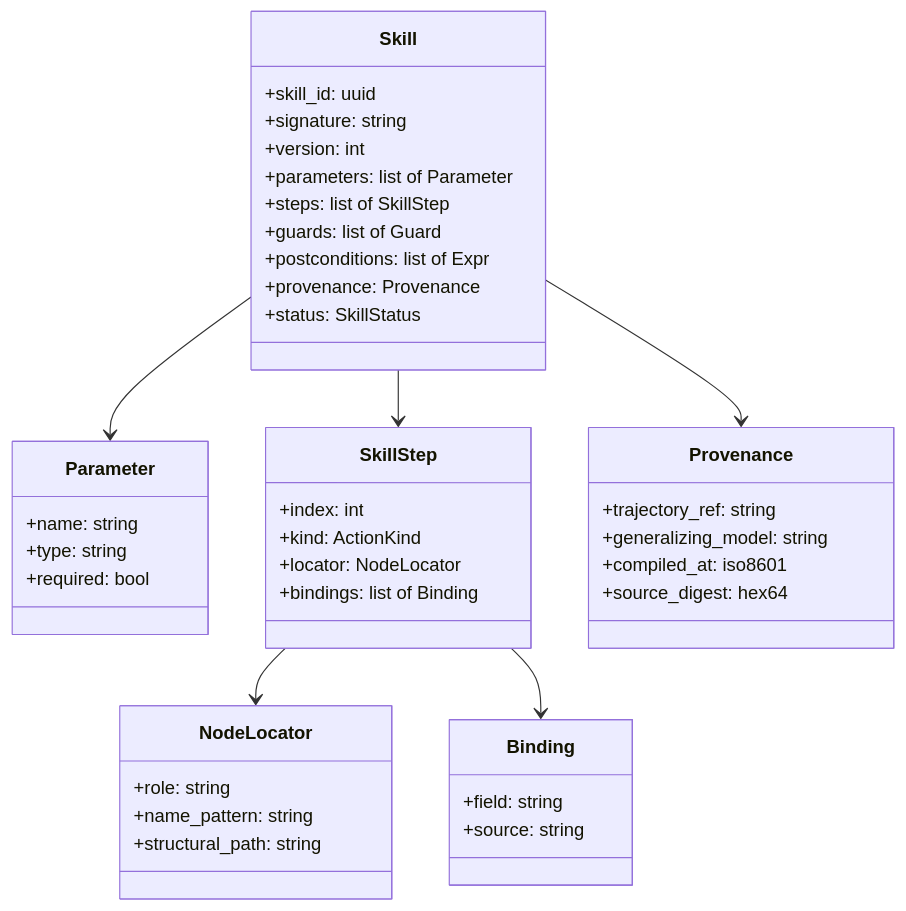
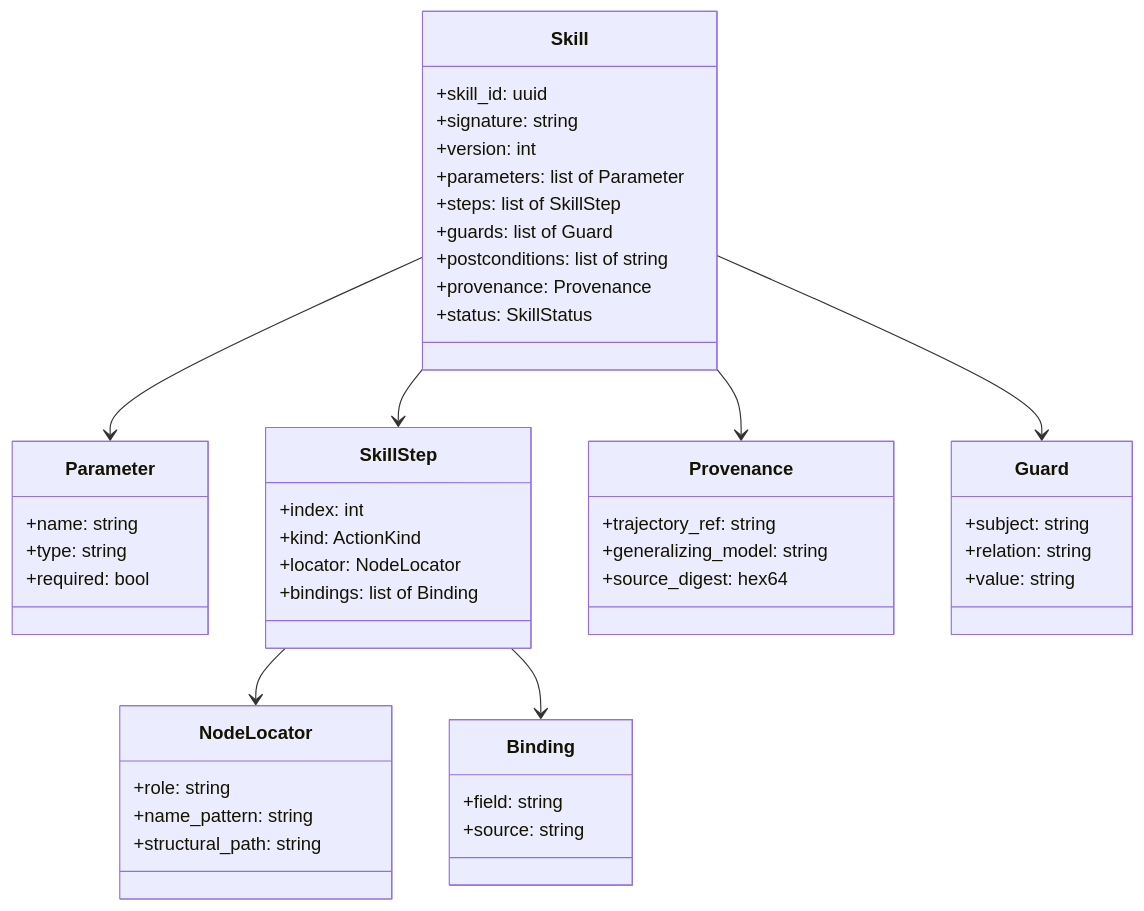
Before and after one commit to febufenn-cyber/drawing-office-v2: the second of 7 diagrams in designs/skill-compiler-and-library/LLD.md, drawn with Mermaid. The commit also changed other lines of this file and 6 other files, not shown here.

````diff
--- a/designs/skill-compiler-and-library/LLD.md
+++ b/designs/skill-compiler-and-library/LLD.md
@@ -63,45 +63,50 @@
 ```mermaid
 classDiagram
     class Skill {
         +skill_id: uuid
         +signature: string
         +version: int
         +parameters: list of Parameter
         +steps: list of SkillStep
         +guards: list of Guard
-        +postconditions: list of Expr
+        +postconditions: list of string
         +provenance: Provenance
         +status: SkillStatus
     }
     class Parameter {
         +name: string
         +type: string
         +required: bool
     }
     class SkillStep {
         +index: int
         +kind: ActionKind
         +locator: NodeLocator
         +bindings: list of Binding
     }
     class NodeLocator {
         +role: string
         +name_pattern: string
         +structural_path: string
     }
     class Binding {
         +field: string
         +source: string
     }
     class Provenance {
         +trajectory_ref: string
         +generalizing_model: string
-        +compiled_at: iso8601
         +source_digest: hex64
+    }
+    class Guard {
+        +subject: string
+        +relation: string
+        +value: string
     }
     Skill --> Parameter
     Skill --> SkillStep
+    Skill --> Guard
     Skill --> Provenance
     SkillStep --> NodeLocator
     SkillStep --> Binding
 ```
````
